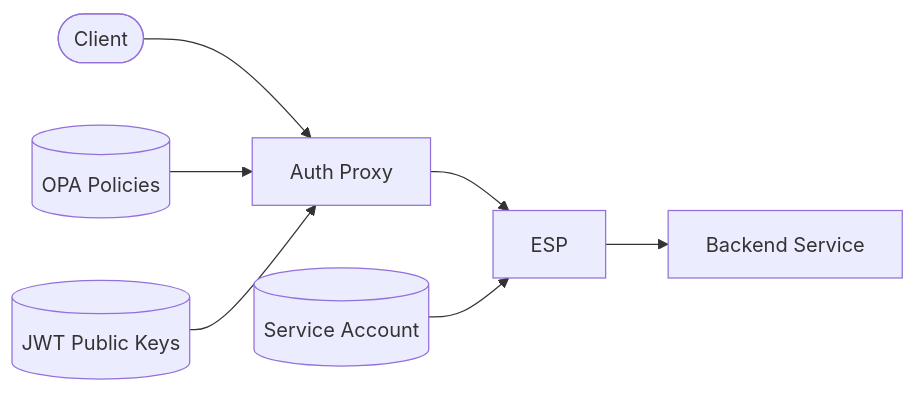
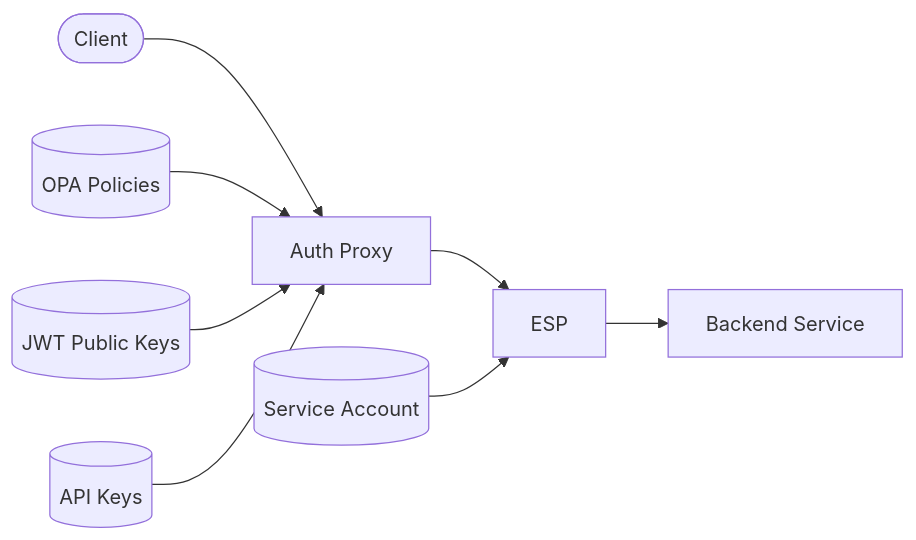
The first of 2 diagrams in README.md (emphereio/auth-proxy), drawn with Mermaid before and after one commit. The commit also changed other lines of this file, not shown here.

````diff
--- a/README.md
+++ b/README.md
@@ -19,9 +22,10 @@
 ```mermaid
 flowchart LR
     Client([Client]) --> AP[Auth Proxy]
     AP --> ESP[ESP]
     ESP --> BE[Backend Service]
     Policies[(OPA Policies)] --> AP
     Keys[(JWT Public Keys)] --> AP
+    APIKeys[(API Keys)] --> AP
     ServiceAccount[(Service Account)] --> ESP
 ```
````
